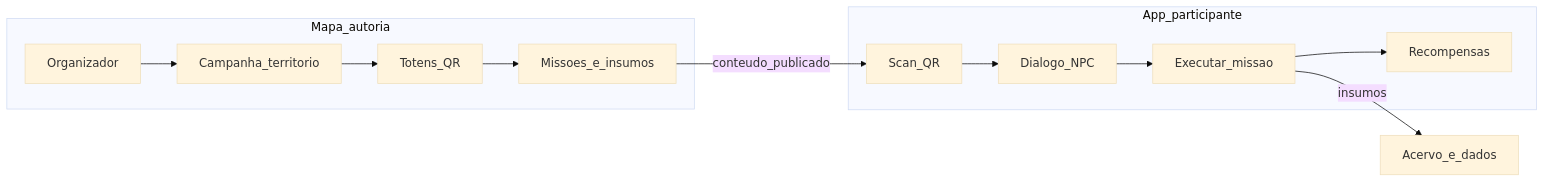
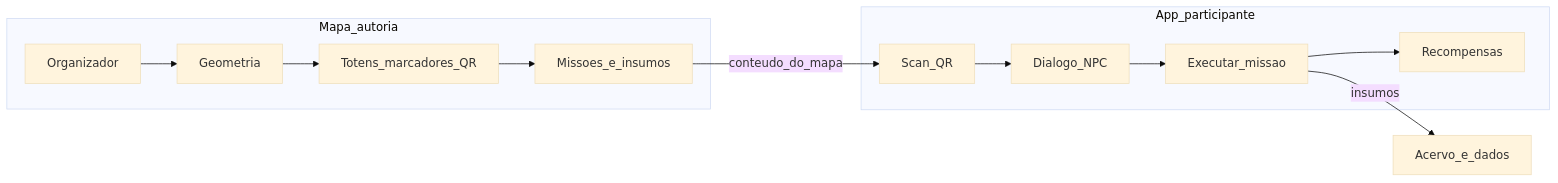
The second of 4 diagrams in docs/CAMPANHA_FIGITAL.md (andrebritoassumpcao/territorio-map), drawn with Mermaid (base theme) before and after one commit. The commit also changed other lines of this file and 1 other file, not shown here.

````diff
--- a/docs/CAMPANHA_FIGITAL.md
+++ b/docs/CAMPANHA_FIGITAL.md
@@ -61,19 +73,19 @@
 ```mermaid
 flowchart LR
   subgraph mapa [Mapa_autoria]
     Org[Organizador]
-    Camp[Campanha_territorio]
-    Totem[Totens_QR]
+    Geo[Geometria]
+    Totem[Totens_marcadores_QR]
     Miss[Missoes_e_insumos]
-    Org --> Camp --> Totem --> Miss
+    Org --> Geo --> Totem --> Miss
   end
   subgraph app [App_participante]
     QR[Scan_QR]
     NPC[Dialogo_NPC]
     Exec[Executar_missao]
     Rew[Recompensas]
     QR --> NPC --> Exec --> Rew
   end
-  Miss -->|conteudo_publicado| QR
+  Miss -->|conteudo_do_mapa| QR
   Exec -->|insumos| Dados[Acervo_e_dados]
 ```
````
